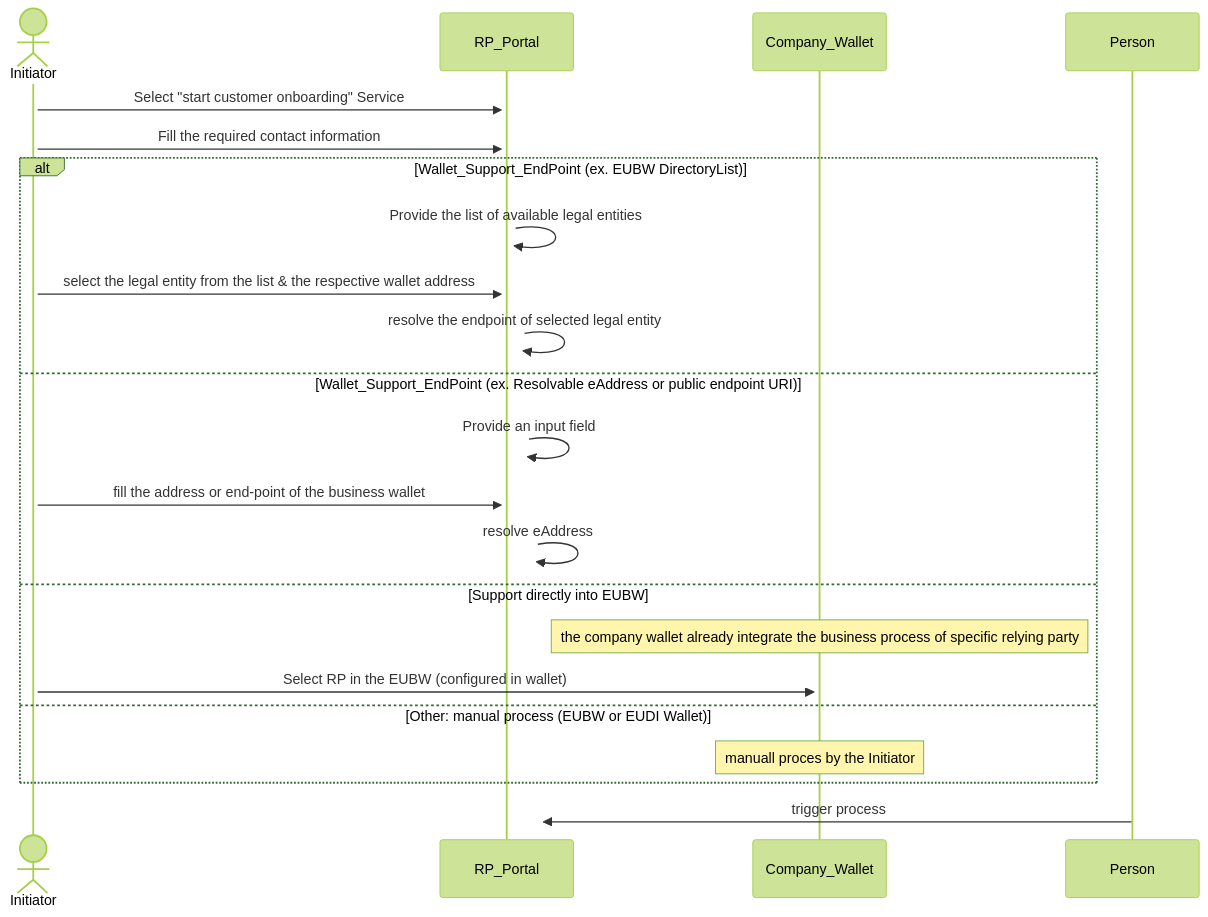
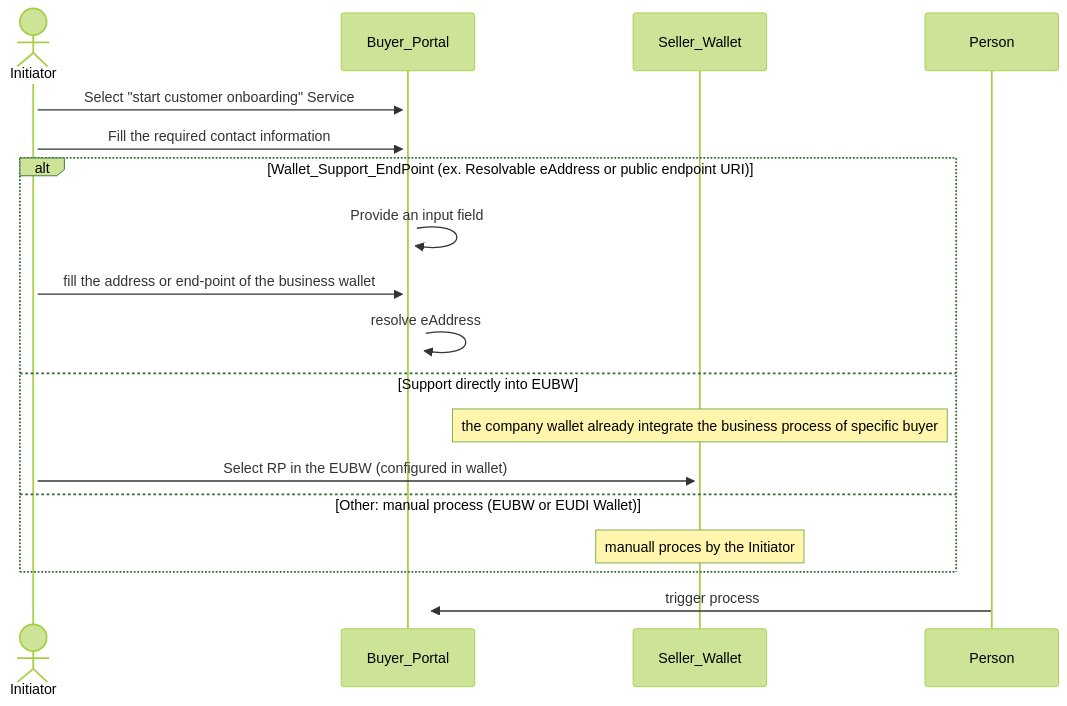
One commit to DominicHurni/wp3-technology-standards changed the second of 7 diagrams in BU1/BU1_KYC.md. Above: the diagram before and after it, drawn with Mermaid (forest theme). The commit also changed other lines of this file and 1 other file, not shown here.

````diff
--- a/BU1/BU1_KYC.md
+++ b/BU1/BU1_KYC.md
@@ -51,22 +50,18 @@
 ```mermaid
 sequenceDiagram
     actor Initiator
     activate Initiator
-    Initiator->>+RP_Portal: Select "start customer onboarding" Service
-    Initiator->>+RP_Portal: Fill the required contact information 
-    alt Wallet_Support_EndPoint (ex. EUBW DirectoryList)
-        RP_Portal->>+RP_Portal : Provide the list of available legal entities
-        Initiator->>+RP_Portal: select the legal entity from the list & the respective wallet address
-        RP_Portal->>+RP_Portal: resolve the endpoint of selected legal entity
-    else Wallet_Support_EndPoint (ex. Resolvable eAddress or public endpoint URI)
-        RP_Portal->>+RP_Portal : Provide an input field
-        Initiator->>+RP_Portal: fill the address or end-point of the business wallet
-        RP_Portal->>+RP_Portal: resolve eAddress
+    Initiator->>+Buyer_Portal: Select "start customer onboarding" Service
+    Initiator->>+Buyer_Portal: Fill the required contact information 
+    alt Wallet_Support_EndPoint (ex. Resolvable eAddress or public endpoint URI)
+        Buyer_Portal->>+Buyer_Portal : Provide an input field
+        Initiator->>+Buyer_Portal: fill the address or end-point of the business wallet
+        Buyer_Portal->>+Buyer_Portal: resolve eAddress
     else Support directly into EUBW  
-        Note over Company_Wallet: the company wallet already integrate the business process of specific relying party
-        Initiator->>+Company_Wallet: Select RP in the EUBW (configured in wallet)
+        Note over Seller_Wallet: the company wallet already integrate the business process of specific buyer
+        Initiator->>+Seller_Wallet: Select RP in the EUBW (configured in wallet)
     else Other: manual process (EUBW or EUDI Wallet)
-        Note over Company_Wallet: manuall proces by the Initiator
+        Note over Seller_Wallet: manuall proces by the Initiator
     end
-    Person->>+RP_Portal: trigger process
+    Person->>+Buyer_Portal: trigger process
 ```
````
